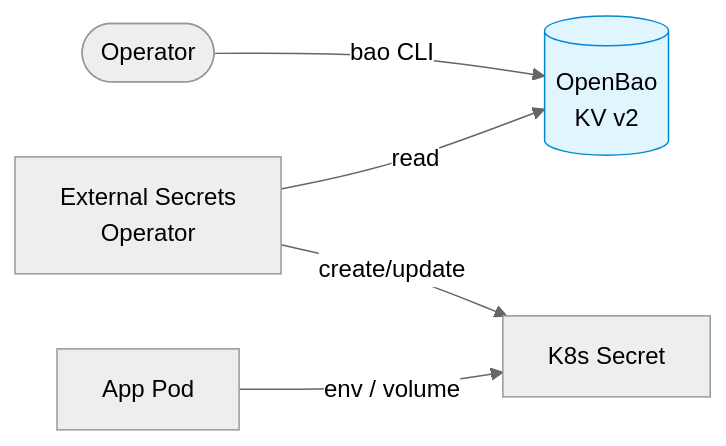
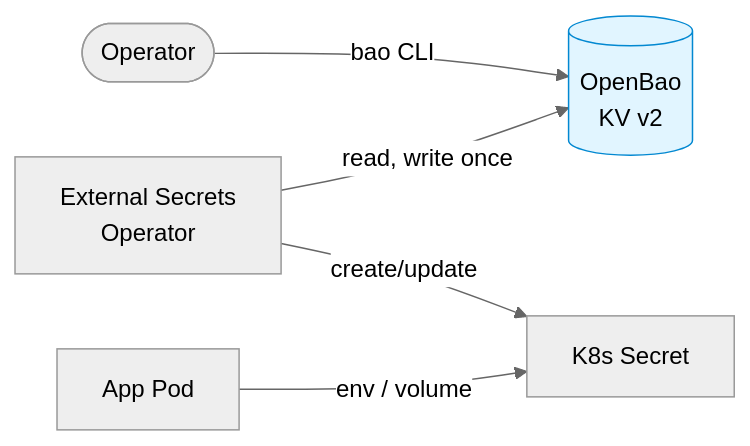
The diagram in docs/platform/openbao.md (JanWelker/homelab), drawn with Mermaid (neutral theme) before and after one commit. The commit also changed other lines of this file and 10 other files, not shown here.

First line of the commit message:
feat(openbao): generate random secrets with ESO PushSecrets (#1026)

````diff
--- a/docs/platform/openbao.md
+++ b/docs/platform/openbao.md
@@ -13,9 +13,9 @@
 ```mermaid
 flowchart LR
     Operator([Operator]) -->|bao CLI| Bao[(OpenBao<br/>KV v2)]
-    ESO[External Secrets<br/>Operator] -->|read| Bao
+    ESO[External Secrets<br/>Operator] -->|read, write once| Bao
     ESO -->|create/update| KSecret[K8s Secret]
     App[App Pod] -->|env / volume| KSecret
 
     style Bao fill:#e1f5ff,stroke:#0288d1
 ```
````
